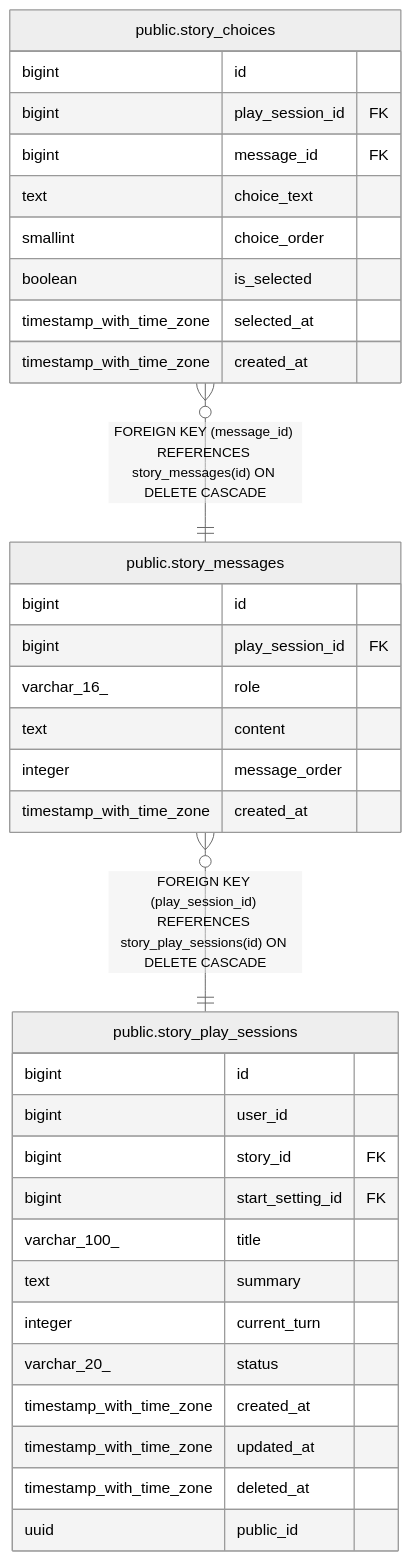
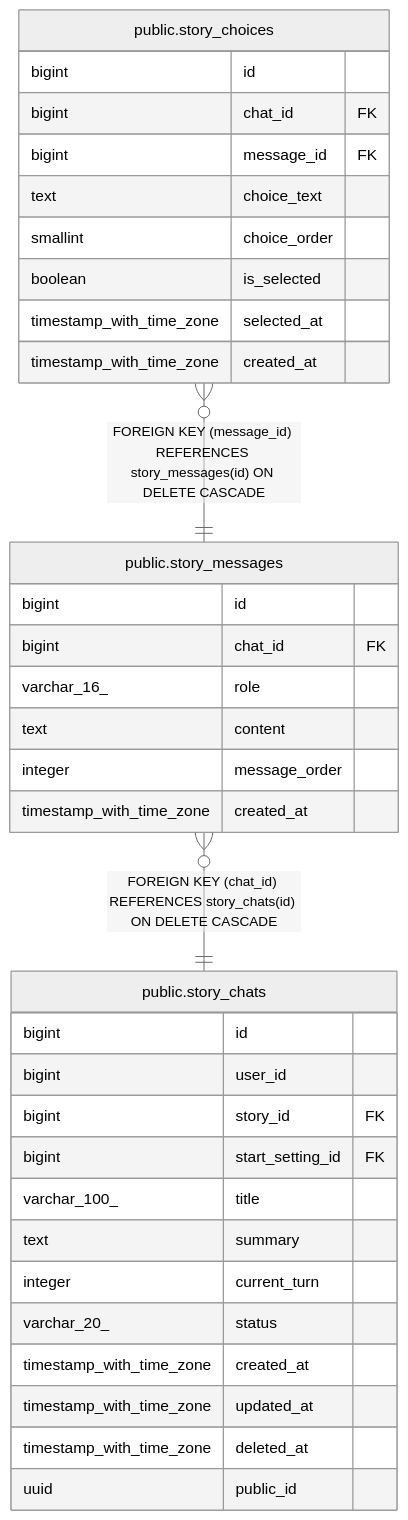
One commit to KIM-N-KANG/manyak-server changed the diagram in dbdoc/public.story_messages.md. Above: the diagram before and after it, drawn with Mermaid (neutral theme). The commit also changed other lines of this file and 25 other files, not shown here.

````diff
--- a/dbdoc/public.story_messages.md
+++ b/dbdoc/public.story_messages.md
@@ -33,39 +33,39 @@
 ```mermaid
 erDiagram
 
 "public.story_choices" }o--|| "public.story_messages" : "FOREIGN KEY (message_id) REFERENCES story_messages(id) ON DELETE CASCADE"
-"public.story_messages" }o--|| "public.story_play_sessions" : "FOREIGN KEY (play_session_id) REFERENCES story_play_sessions(id) ON DELETE CASCADE"
+"public.story_messages" }o--|| "public.story_chats" : "FOREIGN KEY (chat_id) REFERENCES story_chats(id) ON DELETE CASCADE"
 
 "public.story_messages" {
   bigint id
-  bigint play_session_id FK
+  bigint chat_id FK
   varchar_16_ role
   text content
   integer message_order
   timestamp_with_time_zone created_at
 }
 "public.story_choices" {
   bigint id
-  bigint play_session_id FK
+  bigint chat_id FK
   bigint message_id FK
   text choice_text
   smallint choice_order
   boolean is_selected
   timestamp_with_time_zone selected_at
   timestamp_with_time_zone created_at
 }
-"public.story_play_sessions" {
+"public.story_chats" {
   bigint id
   bigint user_id
   bigint story_id FK
   bigint start_setting_id FK
   varchar_100_ title
   text summary
   integer current_turn
   varchar_20_ status
   timestamp_with_time_zone created_at
   timestamp_with_time_zone updated_at
   timestamp_with_time_zone deleted_at
   uuid public_id
 }
 ```
````
